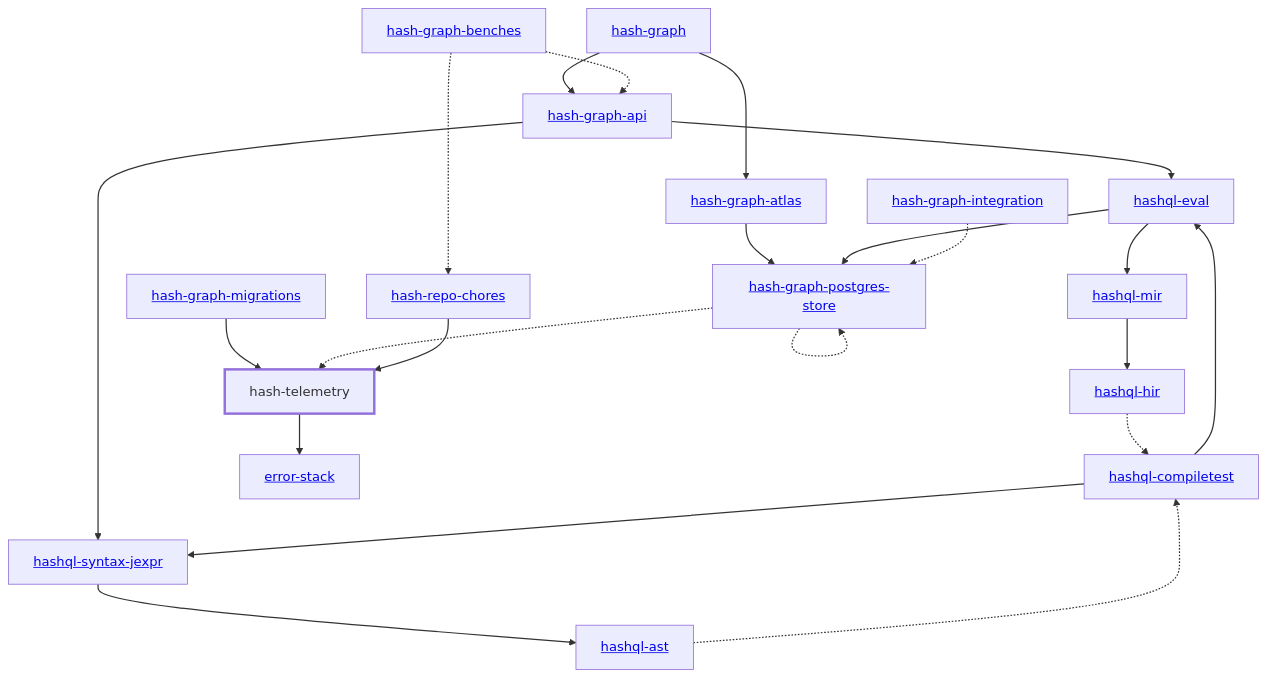
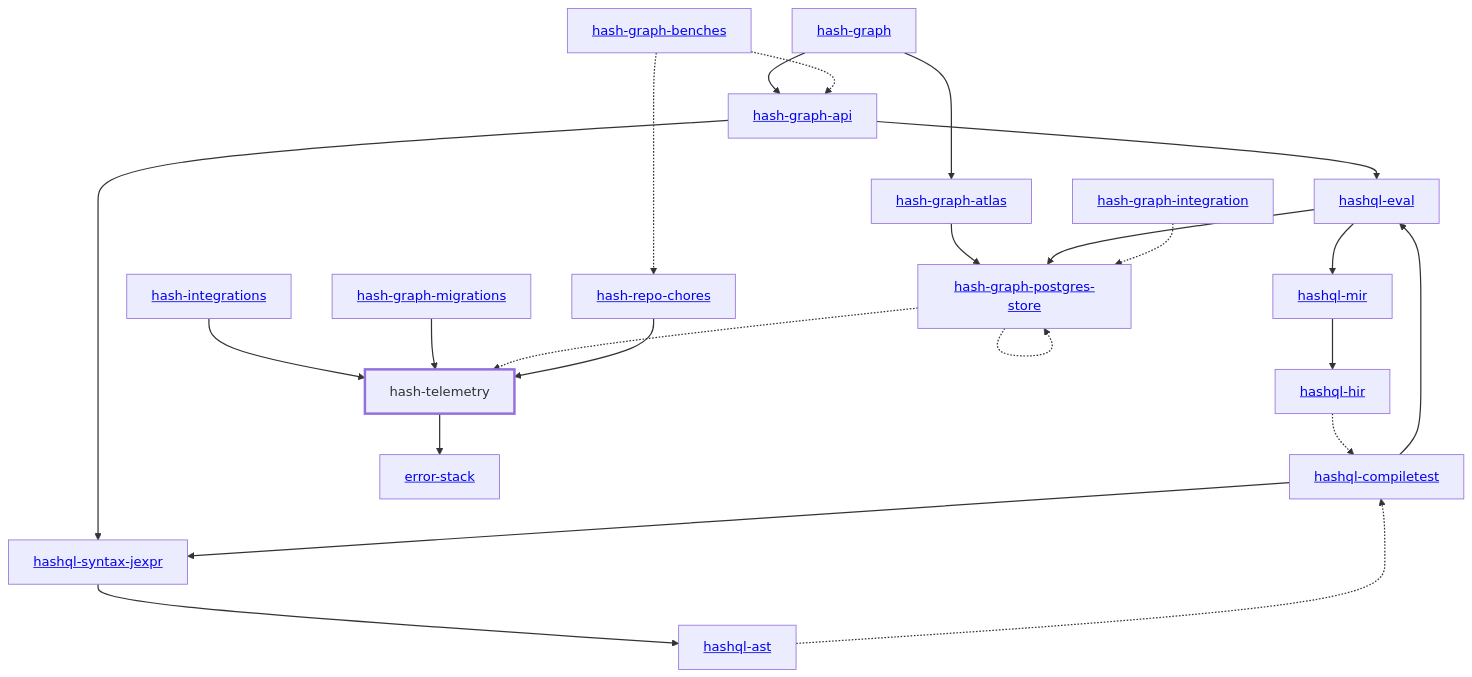
One commit to hashintel/hash changed the diagram in libs/@local/telemetry/docs/dependency-diagram.mmd. Above: the diagram before and after it, drawn with Mermaid. The commit also changed 14 other files, not shown here.

Commit message:
Add the hash-integrations app scaffold

```diff
--- a/libs/@local/telemetry/docs/dependency-diagram.mmd
+++ b/libs/@local/telemetry/docs/dependency-diagram.mmd
@@ -1,48 +1,50 @@
 graph TD
     linkStyle default stroke-width:1.5px
     classDef default stroke-width:1px
     classDef root stroke-width:3px
     classDef dev stroke-width:1px
     classDef build stroke-width:1px
     %% Legend
     %% --> : Normal dependency
     %% -.-> : Dev dependency
     %% ---> : Build dependency
     0[<a href="../hash_graph/index.html">hash-graph</a>]
-    1[<a href="../hash_graph_api/index.html">hash-graph-api</a>]
-    2[<a href="../hash_graph_atlas/index.html">hash-graph-atlas</a>]
-    3[<a href="../hash_graph_migrations/index.html">hash-graph-migrations</a>]
-    4[<a href="../hash_graph_postgres_store/index.html">hash-graph-postgres-store</a>]
-    5[<a href="../hashql_ast/index.html">hashql-ast</a>]
-    6[<a href="../hashql_compiletest/index.html">hashql-compiletest</a>]
-    7[<a href="../hashql_eval/index.html">hashql-eval</a>]
-    8[<a href="../hashql_hir/index.html">hashql-hir</a>]
-    9[<a href="../hashql_mir/index.html">hashql-mir</a>]
-    10[<a href="../hashql_syntax_jexpr/index.html">hashql-syntax-jexpr</a>]
-    11[<a href="../hash_repo_chores/index.html">hash-repo-chores</a>]
-    12[hash-telemetry]
-    class 12 root
-    13[<a href="../error_stack/index.html">error-stack</a>]
-    14[<a href="../hash_graph_benches/index.html">hash-graph-benches</a>]
-    15[<a href="../hash_graph_integration/index.html">hash-graph-integration</a>]
-    0 --> 1
+    1[<a href="../hash_integrations/index.html">hash-integrations</a>]
+    2[<a href="../hash_graph_api/index.html">hash-graph-api</a>]
+    3[<a href="../hash_graph_atlas/index.html">hash-graph-atlas</a>]
+    4[<a href="../hash_graph_migrations/index.html">hash-graph-migrations</a>]
+    5[<a href="../hash_graph_postgres_store/index.html">hash-graph-postgres-store</a>]
+    6[<a href="../hashql_ast/index.html">hashql-ast</a>]
+    7[<a href="../hashql_compiletest/index.html">hashql-compiletest</a>]
+    8[<a href="../hashql_eval/index.html">hashql-eval</a>]
+    9[<a href="../hashql_hir/index.html">hashql-hir</a>]
+    10[<a href="../hashql_mir/index.html">hashql-mir</a>]
+    11[<a href="../hashql_syntax_jexpr/index.html">hashql-syntax-jexpr</a>]
+    12[<a href="../hash_repo_chores/index.html">hash-repo-chores</a>]
+    13[hash-telemetry]
+    class 13 root
+    14[<a href="../error_stack/index.html">error-stack</a>]
+    15[<a href="../hash_graph_benches/index.html">hash-graph-benches</a>]
+    16[<a href="../hash_graph_integration/index.html">hash-graph-integration</a>]
     0 --> 2
-    1 --> 7
-    1 --> 10
-    2 --> 4
-    3 --> 12
-    4 -.-> 4
-    4 -.-> 12
-    5 -.-> 6
-    6 --> 7
-    6 --> 10
-    7 --> 4
-    7 --> 9
-    8 -.-> 6
-    9 --> 8
-    10 --> 5
-    11 --> 12
+    0 --> 3
+    1 --> 13
+    2 --> 8
+    2 --> 11
+    3 --> 5
+    4 --> 13
+    5 -.-> 5
+    5 -.-> 13
+    6 -.-> 7
+    7 --> 8
+    7 --> 11
+    8 --> 5
+    8 --> 10
+    9 -.-> 7
+    10 --> 9
+    11 --> 6
     12 --> 13
-    14 -.-> 1
-    14 -.-> 11
-    15 -.-> 4
+    13 --> 14
+    15 -.-> 2
+    15 -.-> 12
+    16 -.-> 5
```
